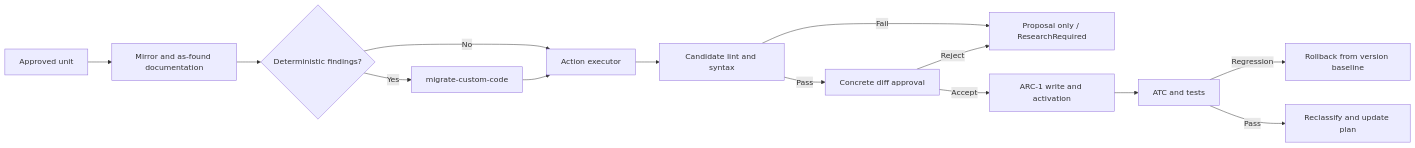
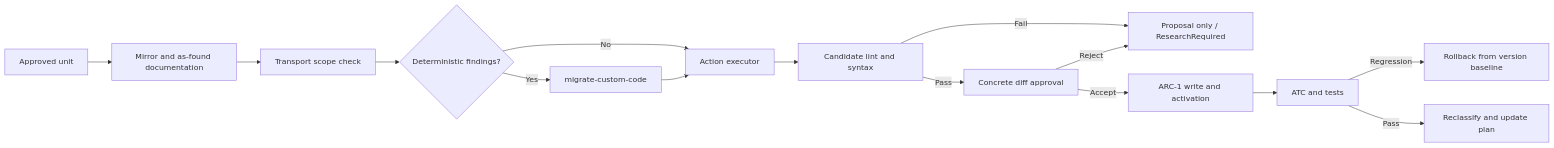
The third of 4 diagrams in skills/sap-erp-clean-core-refactor/WORKFLOW.md (Raistlin82/arc-1-fork), drawn with Mermaid before and after one commit. The commit also changed other lines of this file and 6 other files, not shown here.

First line of the commit message:
docs(clean-core): realign every document and diagram with the current contract

````diff
--- a/skills/sap-erp-clean-core-refactor/WORKFLOW.md
+++ b/skills/sap-erp-clean-core-refactor/WORKFLOW.md
@@ -316,16 +316,17 @@
 ```mermaid
 flowchart LR
     A["Approved unit"] --> B["Mirror and as-found documentation"]
-    B --> C{"Deterministic findings?"}
+    B --> T["Transport scope check"]
+    T --> C{"Deterministic findings?"}
     C -->|Yes| D["migrate-custom-code"]
     C -->|No| E["Action executor"]
     D --> E
     E --> F["Candidate lint and syntax"]
     F -->|Fail| STOP["Proposal only / ResearchRequired"]
     F -->|Pass| I["Concrete diff approval"]
     I -->|Reject| STOP
     I -->|Accept| G["ARC-1 write and activation"]
     G --> H["ATC and tests"]
     H -->|Regression| R["Rollback from version baseline"]
     H -->|Pass| J["Reclassify and update plan"]
 ```
````
